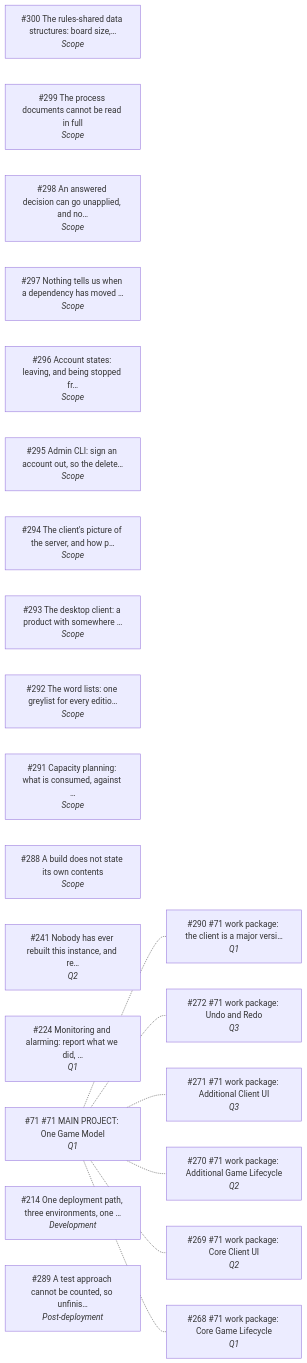
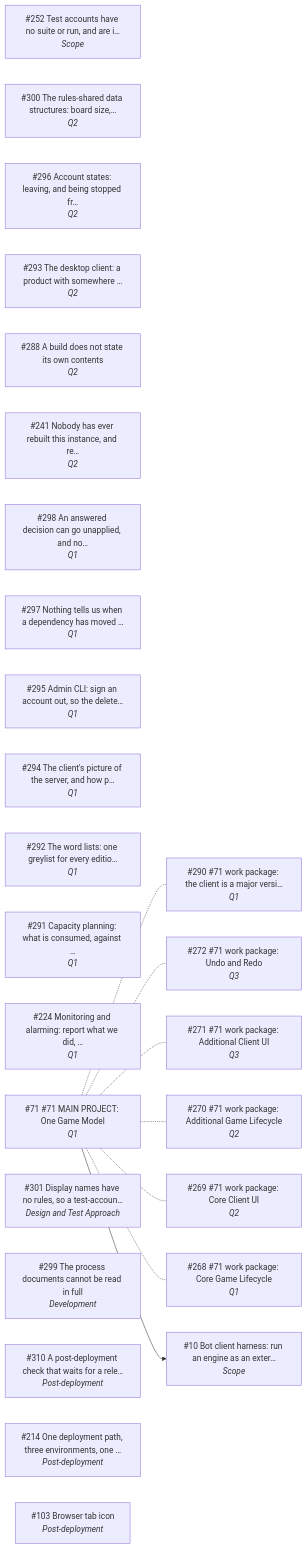
Before and after one commit to SteveStyle/scrabble-px: the diagram in docs/1.5-work-in-progress.md, drawn with Mermaid.

Commit message:
app 0.7.3 api 2.13: #252 becomes a project, so the roadmap gains it
Owner, 2026-09-06: "#252 says ready for project. I think it is standalone", and
"I guess the main work is the sweep, and when that is run."

Nothing was folded because nothing was available — #251 belongs to #71 and #148
to #242 — so standalone was the only shape left rather than a preference.

The emphasis moved with it. The 2026-08-30 design settled identification, which
is a naming convention and two helpers; the sweep was one paragraph labelled "a
design decision this issue owes". It is R2 now, and the reason the project is
more than an afternoon.

Reading the code corrected the issue twice. It said the server has no background
scheduler "by design"; sweeps_game.rs says that is the defect #166 records, and
#166 is folded into #71 — so the scheduler belongs to One Game Model and waiting
for it is a stated choice. And a third shape appeared that the issue had not
considered: a host timer, as backup-to-oci.sh and check-log-hygiene-nightly.sh
already use, needing no in-server scheduler at all.

The diagram is derived, so it should not sit stale in the tree.

Refs #252

````diff
--- a/docs/1.5-work-in-progress.md
+++ b/docs/1.5-work-in-progress.md
@@ -21,31 +21,36 @@
 ```mermaid
 flowchart LR
-  n300["#300 The rules-shared data structures: board size,…<br/><i>Scope</i>"]
-  n299["#299 The process documents cannot be read in full<br/><i>Scope</i>"]
-  n298["#298 An answered decision can go unapplied, and no…<br/><i>Scope</i>"]
-  n297["#297 Nothing tells us when a dependency has moved …<br/><i>Scope</i>"]
-  n296["#296 Account states: leaving, and being stopped fr…<br/><i>Scope</i>"]
-  n295["#295 Admin CLI: sign an account out, so the delete…<br/><i>Scope</i>"]
-  n294["#294 The client's picture of the server, and how p…<br/><i>Scope</i>"]
-  n293["#293 The desktop client: a product with somewhere …<br/><i>Scope</i>"]
-  n292["#292 The word lists: one greylist for every editio…<br/><i>Scope</i>"]
-  n291["#291 Capacity planning: what is consumed, against …<br/><i>Scope</i>"]
-  n288["#288 A build does not state its own contents<br/><i>Scope</i>"]
+  n252["#252 Test accounts have no suite or run, and are i…<br/><i>Scope</i>"]
+  n10["#10 Bot client harness: run an engine as an exter…<br/><i>Scope</i>"]
   n272["#272 #71 work package: Undo and Redo<br/><i>Q3</i>"]
   n271["#271 #71 work package: Additional Client UI<br/><i>Q3</i>"]
+  n300["#300 The rules-shared data structures: board size,…<br/><i>Q2</i>"]
+  n296["#296 Account states: leaving, and being stopped fr…<br/><i>Q2</i>"]
+  n293["#293 The desktop client: a product with somewhere …<br/><i>Q2</i>"]
+  n288["#288 A build does not state its own contents<br/><i>Q2</i>"]
   n270["#270 #71 work package: Additional Game Lifecycle<br/><i>Q2</i>"]
   n269["#269 #71 work package: Core Client UI<br/><i>Q2</i>"]
   n241["#241 Nobody has ever rebuilt this instance, and re…<br/><i>Q2</i>"]
+  n298["#298 An answered decision can go unapplied, and no…<br/><i>Q1</i>"]
+  n297["#297 Nothing tells us when a dependency has moved …<br/><i>Q1</i>"]
+  n295["#295 Admin CLI: sign an account out, so the delete…<br/><i>Q1</i>"]
+  n294["#294 The client's picture of the server, and how p…<br/><i>Q1</i>"]
+  n292["#292 The word lists: one greylist for every editio…<br/><i>Q1</i>"]
+  n291["#291 Capacity planning: what is consumed, against …<br/><i>Q1</i>"]
   n290["#290 #71 work package: the client is a major versi…<br/><i>Q1</i>"]
   n268["#268 #71 work package: Core Game Lifecycle<br/><i>Q1</i>"]
   n224["#224 Monitoring and alarming: report what we did, …<br/><i>Q1</i>"]
   n71["#71 #71 MAIN PROJECT: One Game Model<br/><i>Q1</i>"]
-  n214["#214 One deployment path, three environments, one …<br/><i>Development</i>"]
-  n289["#289 A test approach cannot be counted, so unfinis…<br/><i>Post-deployment</i>"]
+  n301["#301 Display names have no rules, so a test-accoun…<br/><i>Design and Test Approach</i>"]
+  n299["#299 The process documents cannot be read in full<br/><i>Development</i>"]
+  n310["#310 A post-deployment check that waits for a rele…<br/><i>Post-deployment</i>"]
+  n214["#214 One deployment path, three environments, one …<br/><i>Post-deployment</i>"]
+  n103["#103 Browser tab icon<br/><i>Post-deployment</i>"]
   n71 -.- n290
   n71 -.- n272
   n71 -.- n271
   n71 -.- n270
   n71 -.- n269
   n71 -.- n268
+  n71 --> n10
 ```
````
